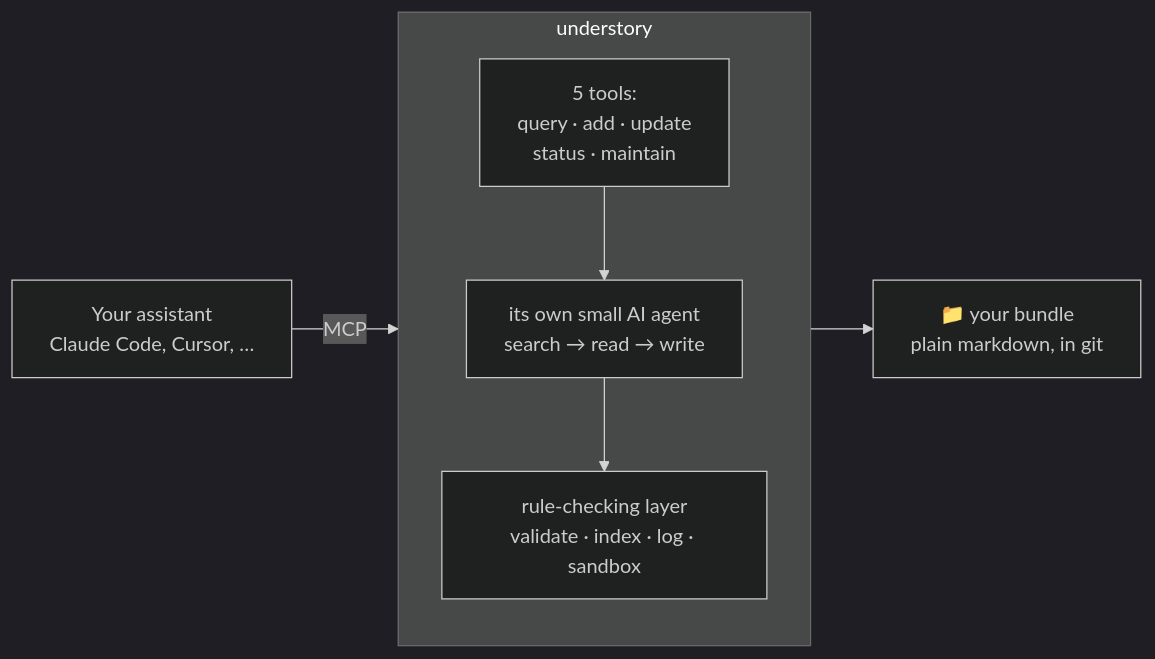
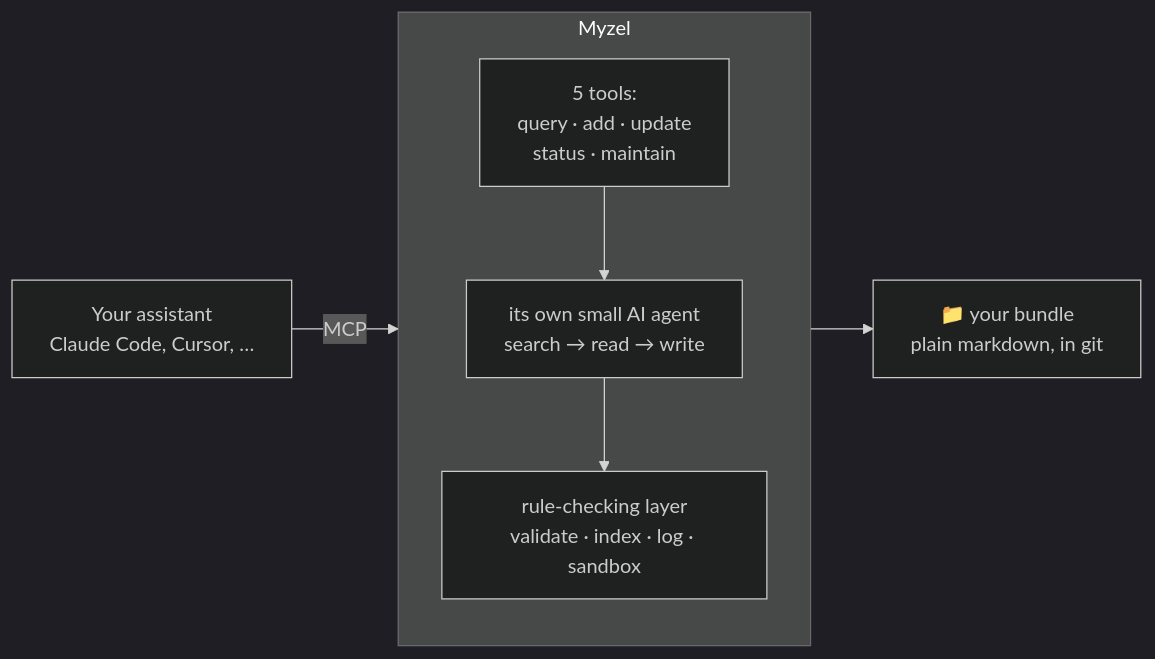
Before and after one commit to medienlampe/Myzel: the diagram in README.md, drawn with Mermaid (dark theme). The commit also changed other lines of this file and 46 other files, not shown here.

````diff
--- a/README.md
+++ b/README.md
@@ -85,14 +85,14 @@
 ```mermaid
 flowchart LR
     A["Your assistant<br/>Claude Code, Cursor, …"]
-    subgraph U["understory"]
+    subgraph U["Myzel"]
         direction TB
         B["5 tools:<br/>query · add · update<br/>status · maintain"]
         C["its own small AI agent<br/>search → read → write"]
         D["rule-checking layer<br/>validate · index · log · sandbox"]
         B --> C --> D
     end
     E["📁 your bundle<br/>plain markdown, in git"]
     A -->|MCP| B
     D --> E
 ```
````
